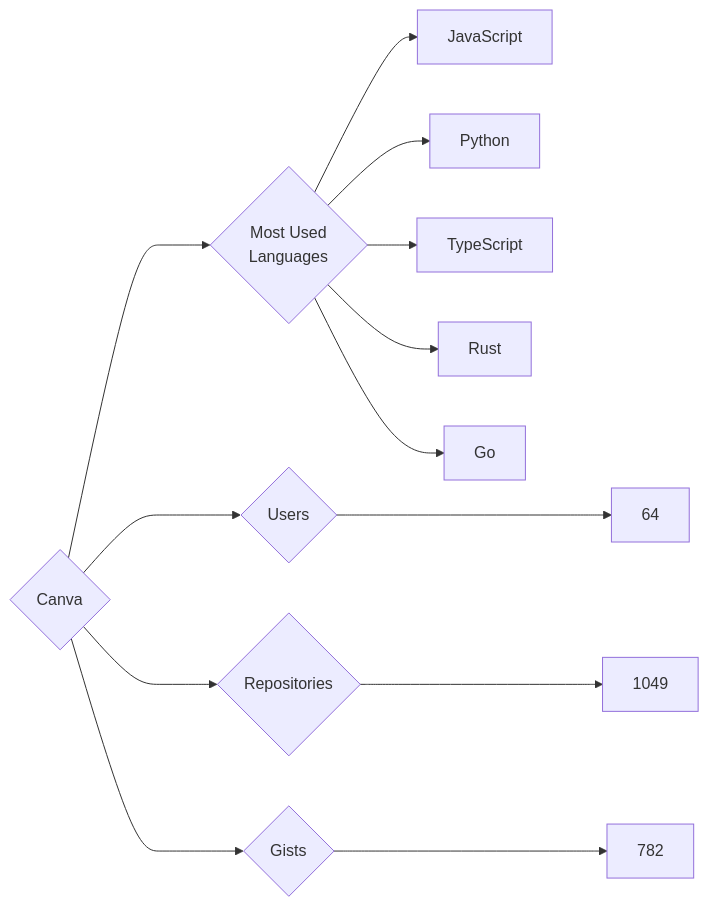
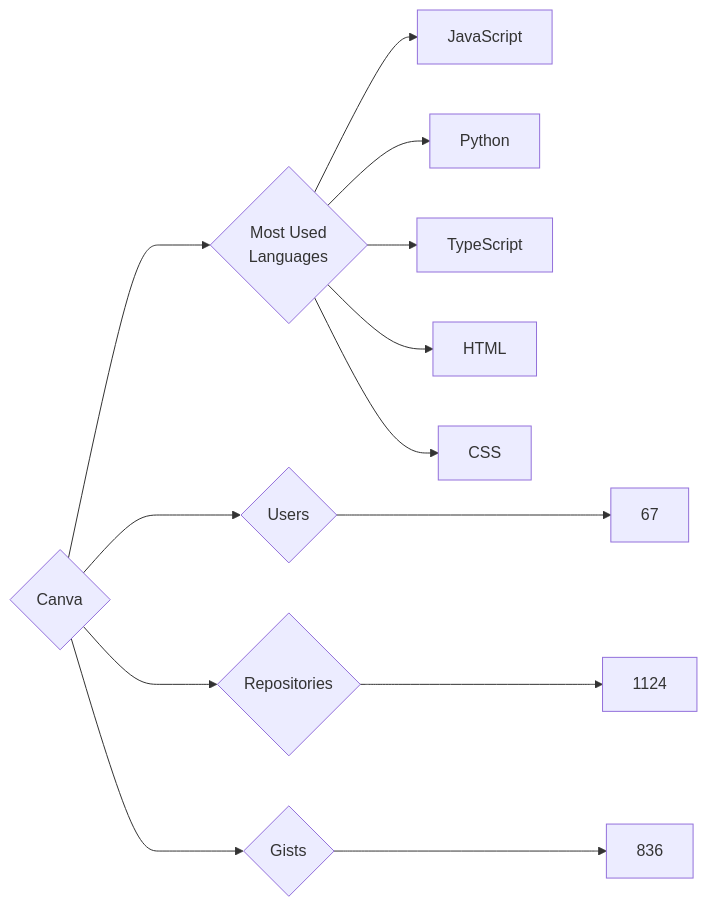
One commit to trickest/insiders changed the diagram in targets/Canva/README.md. Above: the diagram before and after it, drawn with Mermaid. The commit also changed 900 other files, not shown here.

````diff
--- a/targets/Canva/README.md
+++ b/targets/Canva/README.md
@@ -3,13 +3,13 @@
 ```mermaid
 graph LR
 COMPANY_NAME{Canva}
-COMPANY_NAME ---> U{Users} ---> UN[64]
-COMPANY_NAME ---> R{Repositories} ---> RN[1049]
-COMPANY_NAME ---> G{Gists} ---> GN[782]
+COMPANY_NAME ---> U{Users} ---> UN[67]
+COMPANY_NAME ---> R{Repositories} ---> RN[1124]
+COMPANY_NAME ---> G{Gists} ---> GN[836]
 COMPANY_NAME ---> ML{Most Used<br>Languages}
 ML --> JavaScript[JavaScript]
 ML --> Python[Python]
 ML --> TypeScript[TypeScript]
-ML --> Rust[Rust]
-ML --> Go[Go]
+ML --> HTML[HTML]
+ML --> CSS[CSS]
 ```
````
